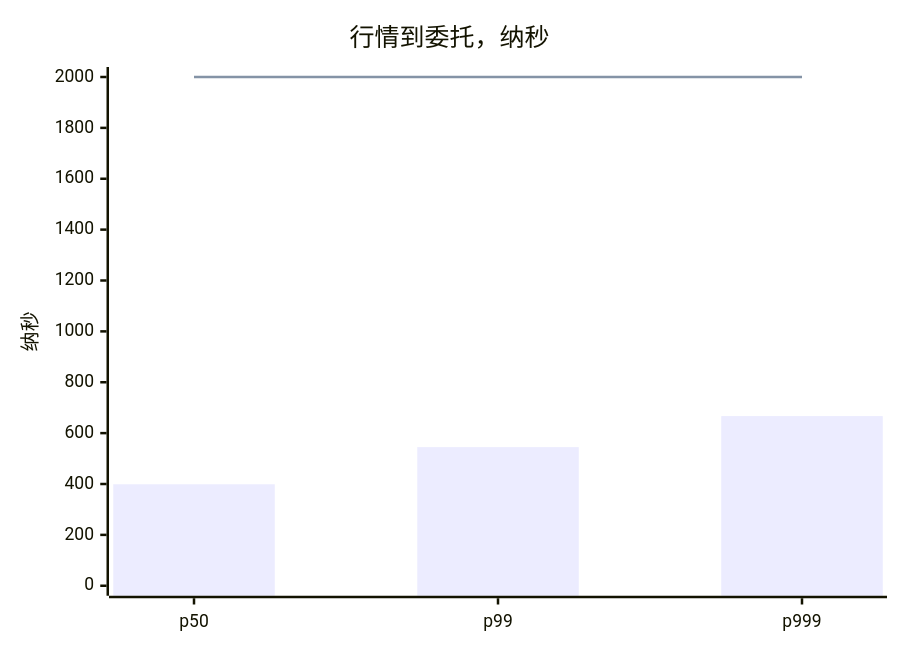
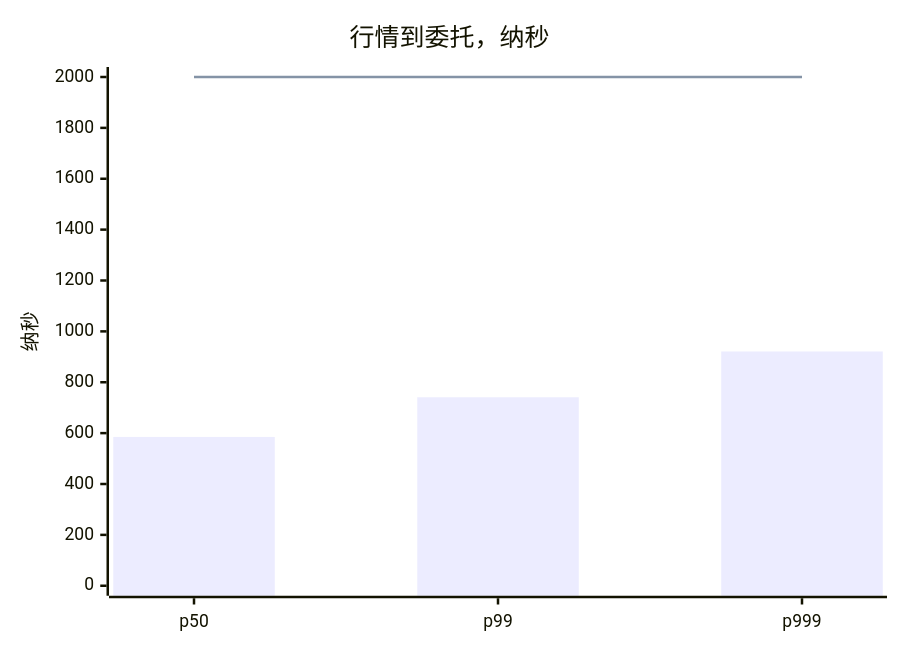
The diagram in README_CN.md (zzxscodes/pitlane), drawn with Mermaid before and after one commit. The commit also changed other lines of this file and 3 other files, not shown here.

````diff
--- a/README_CN.md
+++ b/README_CN.md
@@ -133,8 +133,8 @@
 ```mermaid
 xychart-beta
     title "行情到委托，纳秒"
     x-axis [p50, p99, p999]
     y-axis "纳秒" 0 --> 2000
-    bar [399, 545, 667]
+    bar [585, 741, 921]
     line [2000, 2000, 2000]
 ```
````
